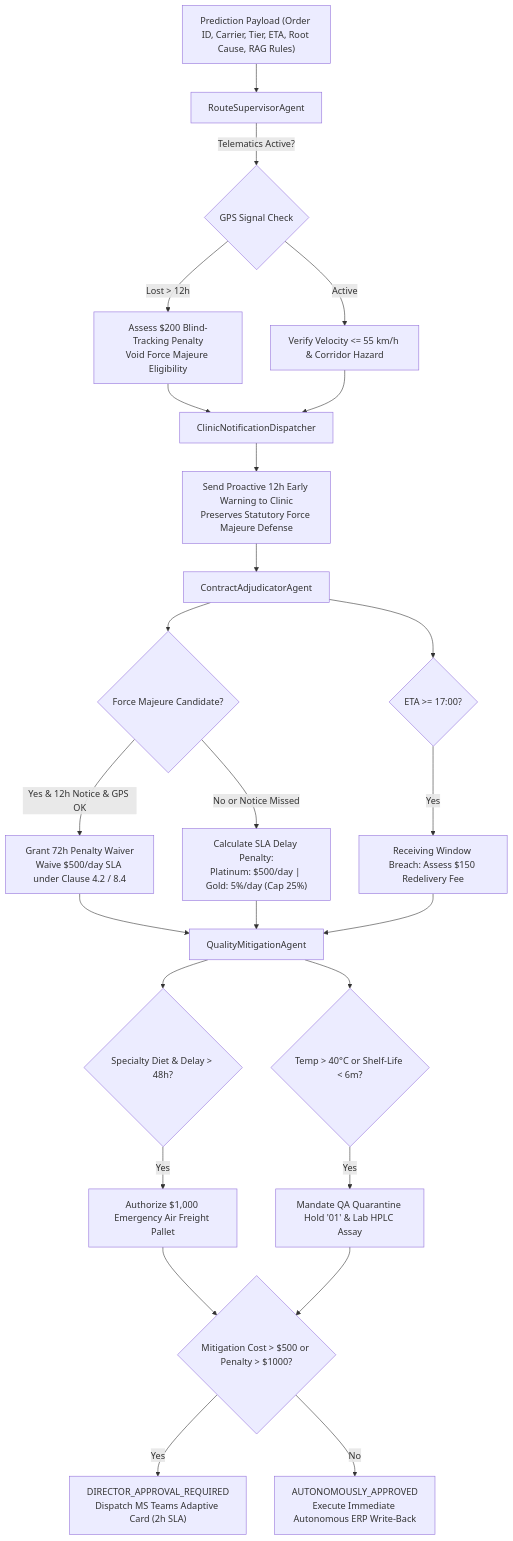
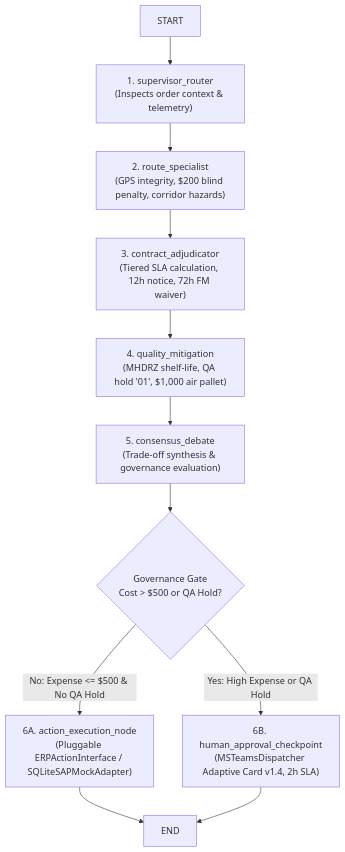
Before and after one commit to Az-har/O2C_AI: the seventh of 8 diagrams in O2C_AI_SYSTEM_COMPLETE_MASTER_SPECIFICATION.md, drawn with Mermaid. The commit also changed other lines of this file and 87 other files, not shown here.

Commit message:
feat: implement LangGraph multi-agent architecture, global multimodal scraper, agent tools, and update master architectural specifications

````diff
--- a/O2C_AI_SYSTEM_COMPLETE_MASTER_SPECIFICATION.md
+++ b/O2C_AI_SYSTEM_COMPLETE_MASTER_SPECIFICATION.md
@@ -1373,28 +1423,16 @@
 ```mermaid
 graph TD
-    A["Prediction Payload (Order ID, Carrier, Tier, ETA, Root Cause, RAG Rules)"] --> B["RouteSupervisorAgent"]
+    START --> Node1["1. supervisor_router<br/>(Inspects order context & telemetry)"]
+    Node1 --> Node2["2. route_specialist<br/>(GPS integrity, $200 blind penalty, corridor hazards)"]
+    Node2 --> Node3["3. contract_adjudicator<br/>(Tiered SLA calculation, 12h notice, 72h FM waiver)"]
+    Node3 --> Node4["4. quality_mitigation<br/>(MHDRZ shelf-life, QA hold '01', $1,000 air pallet)"]
+    Node4 --> Node5["5. consensus_debate<br/>(Trade-off synthesis & governance evaluation)"]
     
-    B -->|Telematics Active?| C{GPS Signal Check}
-    C -->|Lost > 12h| C1["Assess $200 Blind-Tracking Penalty<br/>Void Force Majeure Eligibility"]
-    C -->|Active| C2["Verify Velocity <= 55 km/h & Corridor Hazard"]
+    Node5 --> Check{"Governance Gate<br/>Cost > $500 or QA Hold?"}
     
-    C1 & C2 --> D["ClinicNotificationDispatcher"]
-    D --> D1["Send Proactive 12h Early Warning to Clinic<br/>Preserves Statutory Force Majeure Defense"]
+    Check -->|No: Expense <= $500 & No QA Hold| Node6A["6A. action_execution_node<br/>(Pluggable ERPActionInterface / SQLiteSAPMockAdapter)"]
+    Check -->|Yes: High Expense or QA Hold| Node6B["6B. human_approval_checkpoint<br/>(MSTeamsDispatcher Adaptive Card v1.4, 2h SLA)"]
     
-    D1 --> E["ContractAdjudicatorAgent"]
-    E --> E1{Force Majeure Candidate?}
-    E1 -->|Yes & 12h Notice & GPS OK| E2["Grant 72h Penalty Waiver<br/>Waive $500/day SLA under Clause 4.2 / 8.4"]
-    E1 -->|No or Notice Missed| E3["Calculate SLA Delay Penalty:<br/>Platinum: $500/day | Gold: 5%/day (Cap 25%)"]
-    E --> E4{ETA >= 17:00?}
-    E4 -->|Yes| E5["Receiving Window Breach: Assess $150 Redelivery Fee"]
-    
-    E2 & E3 & E5 --> F["QualityMitigationAgent"]
-    F --> F1{Specialty Diet & Delay > 48h?}
-    F1 -->|Yes| F2["Authorize $1,000 Emergency Air Freight Pallet"]
-    F --> F3{Temp > 40°C or Shelf-Life < 6m?}
-    F3 -->|Yes| F4["Mandate QA Quarantine Hold '01' & Lab HPLC Assay"]
-    
-    F2 & F4 --> G{Mitigation Cost > $500 or Penalty > $1000?}
-    G -->|Yes| G1["DIRECTOR_APPROVAL_REQUIRED<br/>Dispatch MS Teams Adaptive Card (2h SLA)"]
-    G -->|No| G2["AUTONOMOUSLY_APPROVED<br/>Execute Immediate Autonomous ERP Write-Back"]
+    Node6A --> END
+    Node6B --> END
 ```
````
